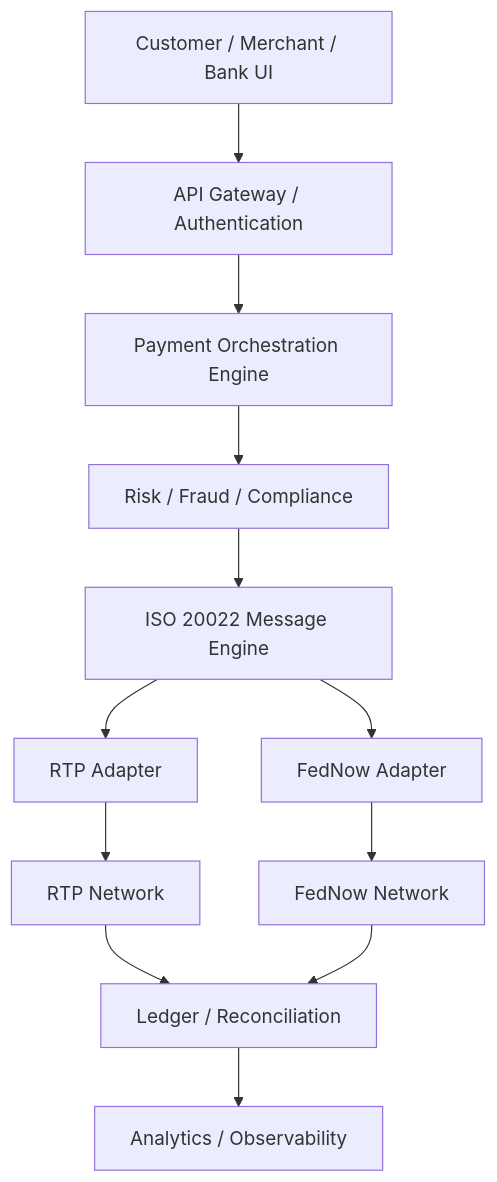
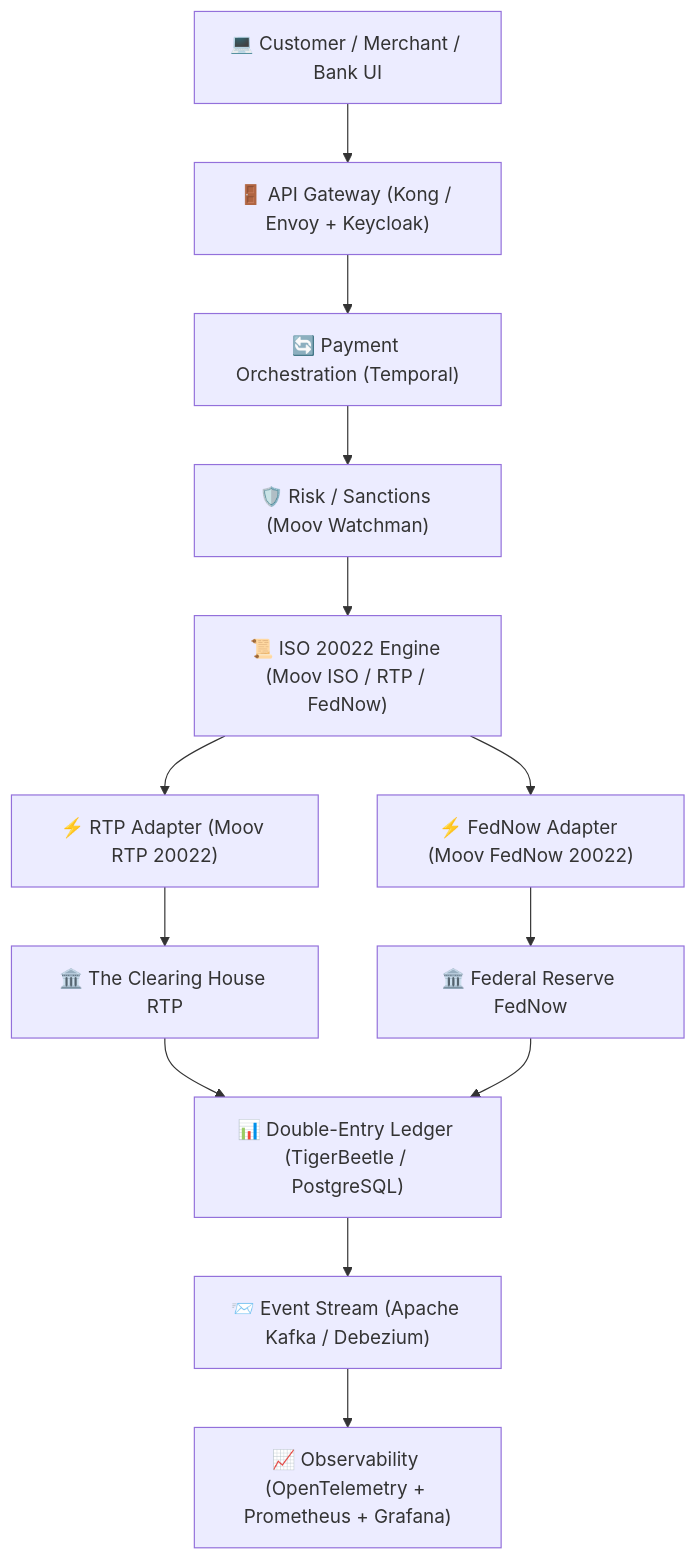
Before and after one commit to ishandutta2007/Awesome-Real-Time-Payments-Platform: the first of 2 diagrams in README.md, drawn with Mermaid. The commit also changed other lines of this file and 1 other file, not shown here.

Commit message:
Enhance README with company valuation sorting, market dynamics, rich open-source repos, star badges, animated banner, and star history

````diff
--- a/README.md
+++ b/README.md
@@ -240,14 +157,15 @@
 ```mermaid
 flowchart TD
-    UI["Customer / Merchant / Bank UI"] --> Gateway["API Gateway / Authentication"]
-    Gateway --> Orchestrator["Payment Orchestration Engine"]
-    Orchestrator --> Risk["Risk / Fraud / Compliance"]
-    Risk --> ISO["ISO 20022 Message Engine"]
-    ISO --> RTP_Adapter["RTP Adapter"]
-    ISO --> FedNow_Adapter["FedNow Adapter"]
-    RTP_Adapter --> RTP_Net["RTP Network"]
-    FedNow_Adapter --> FedNow_Net["FedNow Network"]
-    RTP_Net --> Ledger["Ledger / Reconciliation"]
+    UI["💻 Customer / Merchant / Bank UI"] --> Gateway["🚪 API Gateway (Kong / Envoy + Keycloak)"]
+    Gateway --> Orchestrator["🔄 Payment Orchestration (Temporal)"]
+    Orchestrator --> Risk["🛡️ Risk / Sanctions (Moov Watchman)"]
+    Risk --> ISO["📜 ISO 20022 Engine (Moov ISO / RTP / FedNow)"]
+    ISO --> RTP_Adapter["⚡ RTP Adapter (Moov RTP 20022)"]
+    ISO --> FedNow_Adapter["⚡ FedNow Adapter (Moov FedNow 20022)"]
+    RTP_Adapter --> RTP_Net["🏛️ The Clearing House RTP"]
+    FedNow_Adapter --> FedNow_Net["🏛️ Federal Reserve FedNow"]
+    RTP_Net --> Ledger["📊 Double-Entry Ledger (TigerBeetle / PostgreSQL)"]
     FedNow_Net --> Ledger
-    Ledger --> Analytics["Analytics / Observability"]
+    Ledger --> EventBus["📨 Event Stream (Apache Kafka / Debezium)"]
+    EventBus --> Analytics["📈 Observability (OpenTelemetry + Prometheus + Grafana)"]
 ```
````
